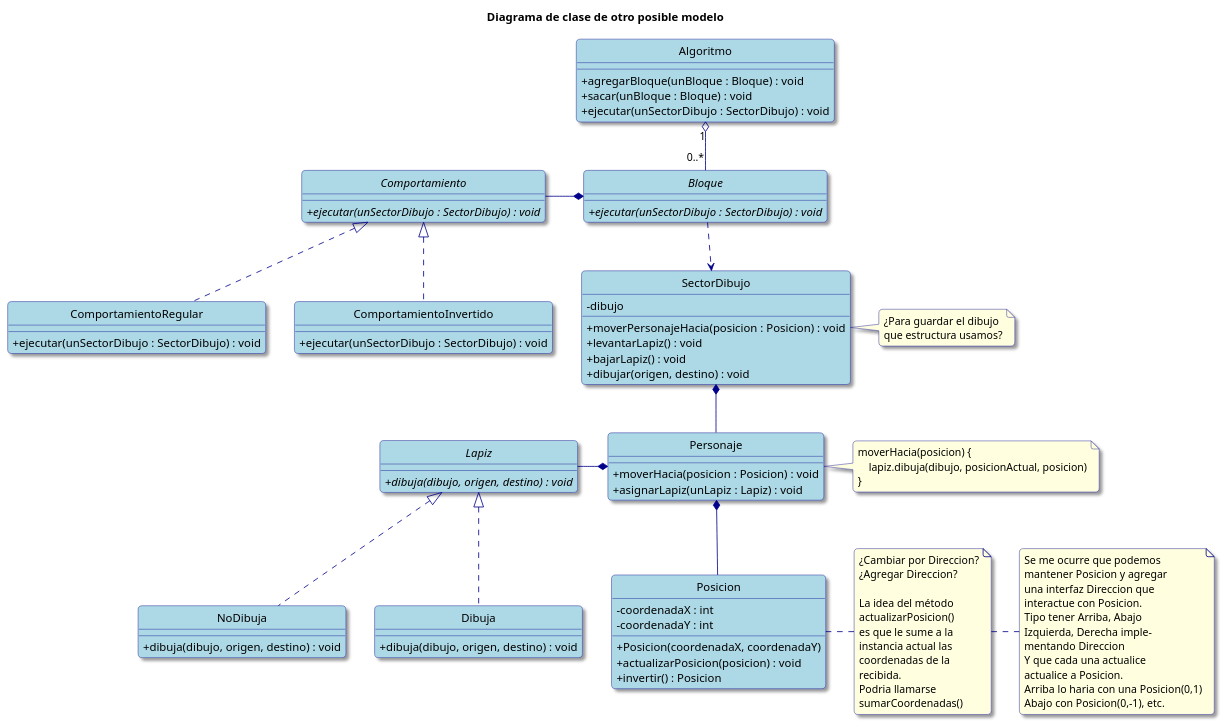
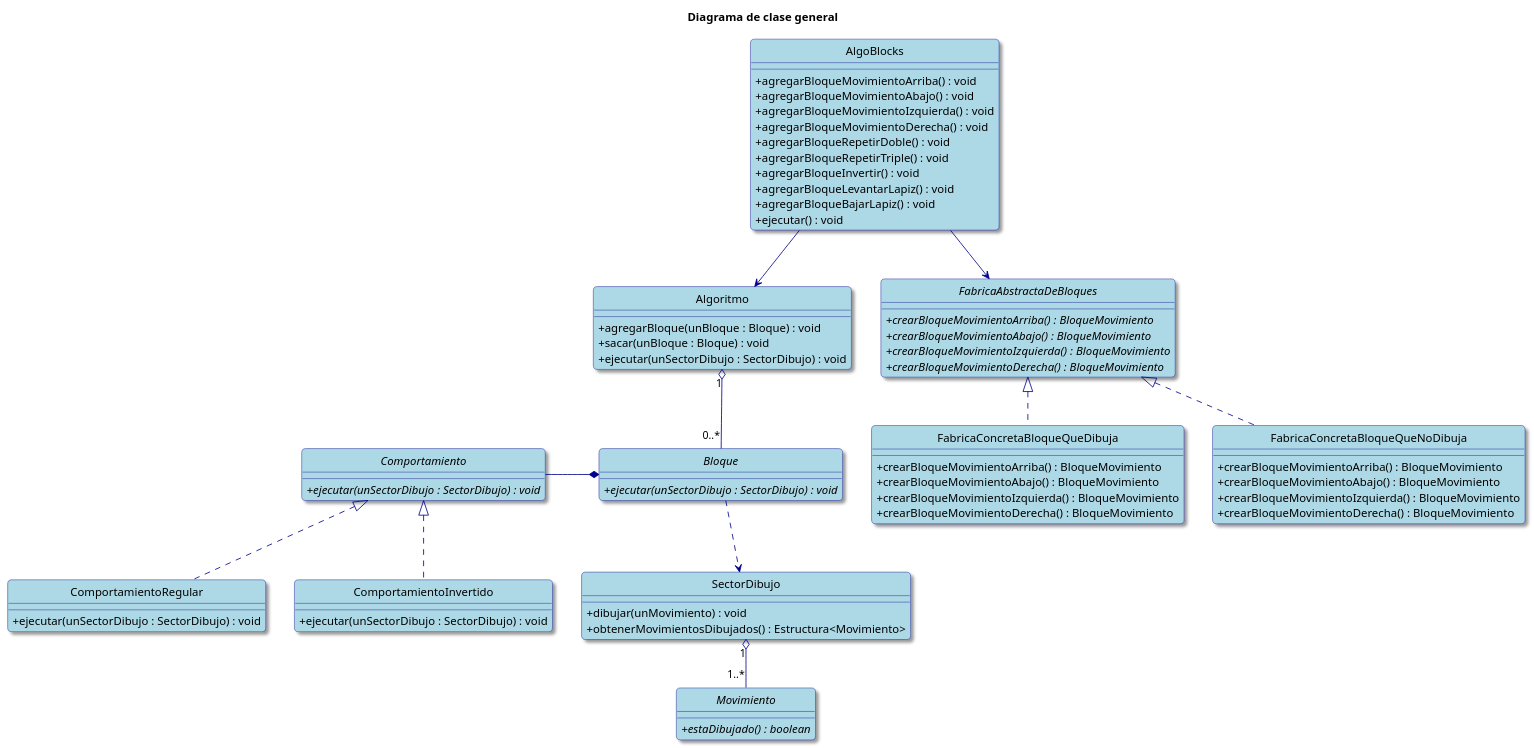
One commit to valva-ro/Algo3-TP2-AlgoBlocks changed the first of 2 diagrams in diagramas-uml.puml. Above: the diagram before and after it, drawn with PlantUML. The commit also changed other lines of this file, not shown here.

Commit message:
docs: Actualizamos modelo

```diff
--- a/diagramas-uml.puml
+++ b/diagramas-uml.puml
@@ -1,119 +1,89 @@
 @startuml
-'Diagrama de otro modelo (version Andreas)
 hide circle
 skinparam classAttributeIconSize 0
 skinparam backgroundColor White
 skinparam RoundCorner 10
 skinparam Shadowing true
 
 skinparam class {
     ArrowColor DarkBlue
     BackgroundColor LightBlue
     BorderColor DarkBlue
 }
 
 skinparam note {
     BackgroundColor LightYellow
     BorderColor DarkBlue
 }
 
-title Diagrama de clase de otro posible modelo
+title Diagrama de clase general
 
-class Personaje {
-    + moverHacia(posicion : Posicion) : void
-    + asignarLapiz(unLapiz : Lapiz) : void
+class AlgoBlocks {
+    + agregarBloqueMovimientoArriba() : void
+    + agregarBloqueMovimientoAbajo() : void
+    + agregarBloqueMovimientoIzquierda() : void
+    + agregarBloqueMovimientoDerecha() : void
+    + agregarBloqueRepetirDoble() : void
+    + agregarBloqueRepetirTriple() : void
+    + agregarBloqueInvertir() : void
+    + agregarBloqueLevantarLapiz() : void
+    + agregarBloqueBajarLapiz() : void
+    + ejecutar() : void
 }
-note right
-    moverHacia(posicion) {
-        lapiz.dibuja(dibujo, posicionActual, posicion)
-    }
-end note
-
-class Posicion {
-    - coordenadaX : int
-    - coordenadaY : int
-    + Posicion(coordenadaX, coordenadaY)
-    + actualizarPosicion(posicion) : void
-    + invertir() : Posicion
+AlgoBlocks --> Algoritmo
+AlgoBlocks --> FabricaAbstractaDeBloques
+FabricaAbstractaDeBloques <|.. FabricaConcretaBloqueQueDibuja
+FabricaAbstractaDeBloques <|.. FabricaConcretaBloqueQueNoDibuja
+interface FabricaAbstractaDeBloques {
+    + {abstract} crearBloqueMovimientoArriba() : BloqueMovimiento
+    + {abstract} crearBloqueMovimientoAbajo() : BloqueMovimiento
+    + {abstract} crearBloqueMovimientoIzquierda() : BloqueMovimiento
+    + {abstract} crearBloqueMovimientoDerecha() : BloqueMovimiento
 }
-note right
-    ¿Cambiar por Direccion?
-    ¿Agregar Direccion?
-
-    La idea del método
-    actualizarPosicion()
-    es que le sume a la
-    instancia actual las
-    coordenadas de la
-    recibida.
-    Podria llamarse
-    sumarCoordenadas()
-end note
-
-note right
-    Se me ocurre que podemos
-    mantener Posicion y agregar
-    una interfaz Direccion que
-    interactue con Posicion.
-    Tipo tener Arriba, Abajo
-    Izquierda, Derecha imple-
-    mentando Direccion
-    Y que cada una actualice
-    actualice a Posicion.
-    Arriba lo haria con una Posicion(0,1)
-    Abajo con Posicion(0,-1), etc.
-end note
+class FabricaConcretaBloqueQueDibuja {
+    + crearBloqueMovimientoArriba() : BloqueMovimiento
+    + crearBloqueMovimientoAbajo() : BloqueMovimiento
+    + crearBloqueMovimientoIzquierda() : BloqueMovimiento
+    + crearBloqueMovimientoDerecha() : BloqueMovimiento
+}
+class FabricaConcretaBloqueQueNoDibuja {
+    + crearBloqueMovimientoArriba() : BloqueMovimiento
+    + crearBloqueMovimientoAbajo() : BloqueMovimiento
+    + crearBloqueMovimientoIzquierda() : BloqueMovimiento
+    + crearBloqueMovimientoDerecha() : BloqueMovimiento
+}
 
 interface Bloque {
     + {abstract} ejecutar(unSectorDibujo : SectorDibujo) : void
 }
 
 class SectorDibujo {
-    - dibujo
-    + moverPersonajeHacia(posicion : Posicion) : void
-    + levantarLapiz() : void
-    + bajarLapiz() : void
-    + dibujar(origen, destino) : void
+    + dibujar(unMovimiento) : void
+    + obtenerMovimientosDibujados() : Estructura<Movimiento>
 }
-note right
-    ¿Para guardar el dibujo
-    que estructura usamos?
-end note
 
+interface Movimiento {
+    + {abstract} estaDibujado() : boolean
+}
 
 class Algoritmo {
     + agregarBloque(unBloque : Bloque) : void
     + sacar(unBloque : Bloque) : void
     + ejecutar(unSectorDibujo : SectorDibujo) : void
-}
-
-interface Lapiz {
-    + {abstract} dibuja(dibujo, origen, destino) : void
-}
-class Dibuja {
-    + dibuja(dibujo, origen, destino) : void
-}
-class NoDibuja {
-    + dibuja(dibujo, origen, destino) : void
 }
 interface Comportamiento {
     + {abstract} ejecutar(unSectorDibujo : SectorDibujo) : void
 }
 class ComportamientoRegular {
     + ejecutar(unSectorDibujo : SectorDibujo) : void
 }
 class ComportamientoInvertido {
     + ejecutar(unSectorDibujo : SectorDibujo) : void
 }
-
 Algoritmo "1" o-- "0..*" Bloque
 Bloque ..down> SectorDibujo
 Bloque *--left Comportamiento
 Comportamiento <|.. ComportamientoRegular
 Comportamiento <|.. ComportamientoInvertido
-SectorDibujo *-- Personaje
-Personaje *-- Posicion
-Personaje *--left Lapiz
-Lapiz <|.. Dibuja
-Lapiz <|.. NoDibuja
+SectorDibujo "1" o-- "1..*" Movimiento
 @enduml
```
